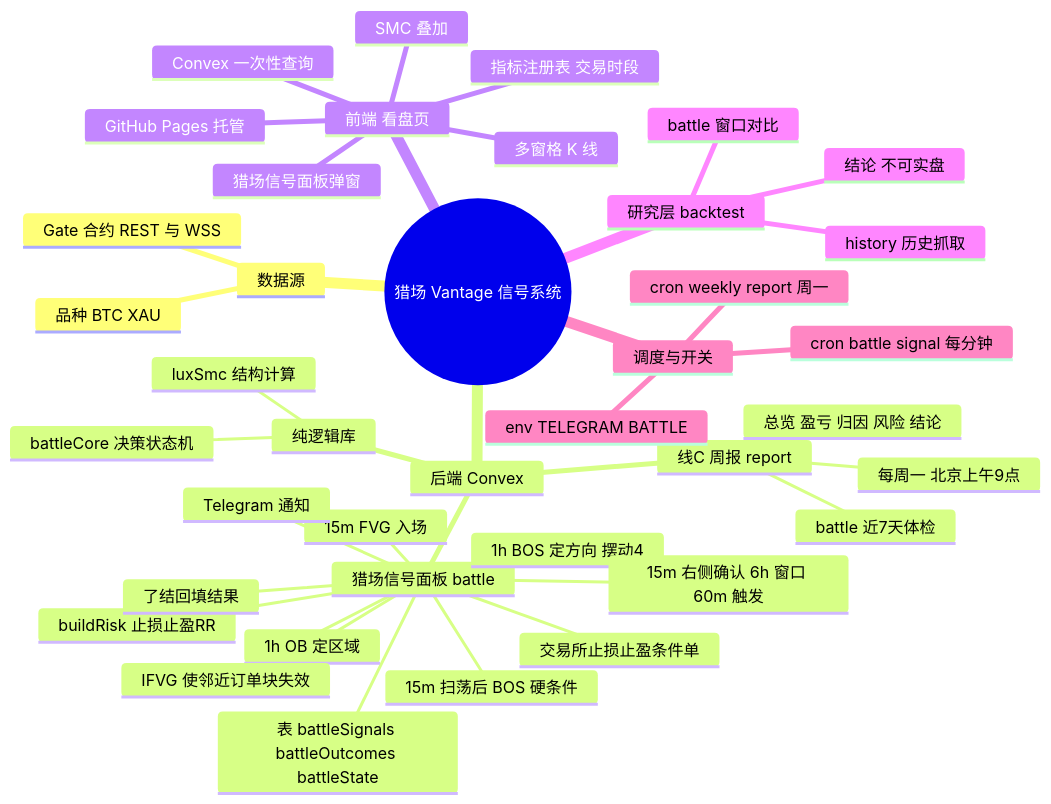
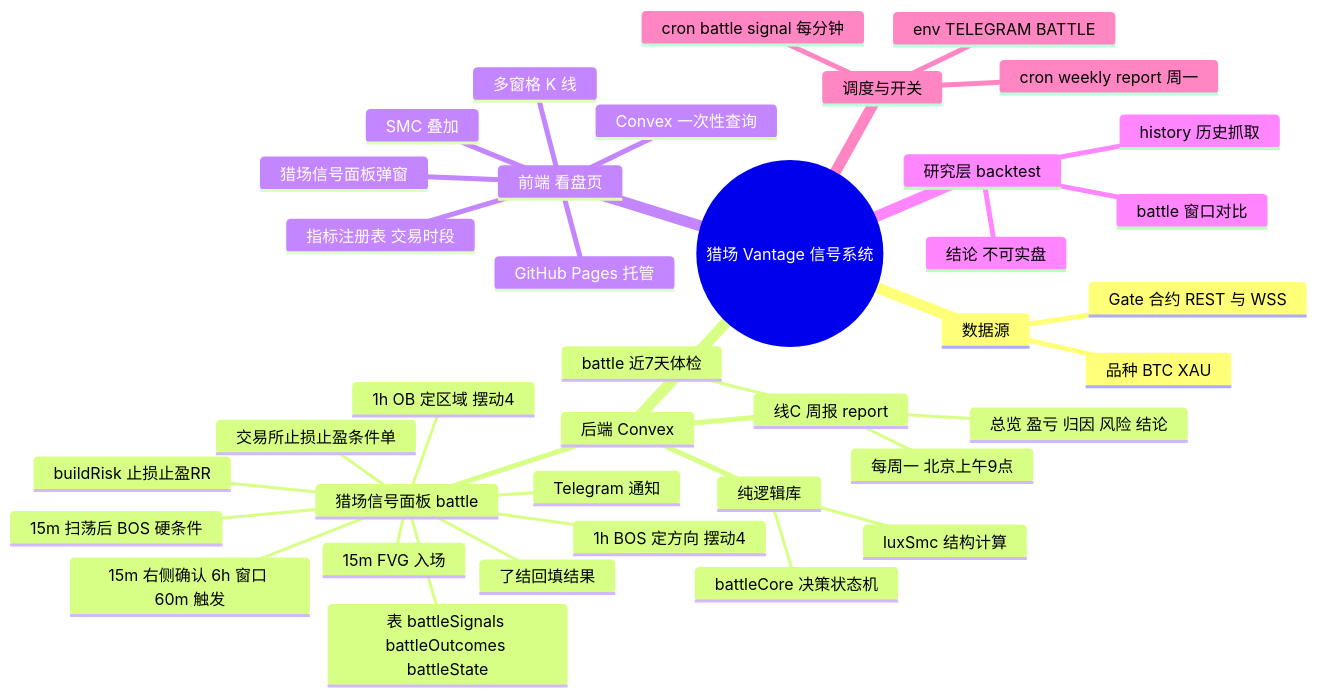
Before and after one commit to wond03/market-alert: the diagram in docs/business-logic/README.md, drawn with Mermaid. The commit also changed other lines of this file and 1 other file, not shown here.

Commit message:
revert(battle): 取消 IFVG 失效规则，1h OB 摆动改为四 Co-authored-by: monkeycode-ai <monkeycode-ai@chaitin.com>

````diff
--- a/docs/business-logic/README.md
+++ b/docs/business-logic/README.md
@@ -8,42 +8,41 @@
 ```mermaid
 mindmap
   root((猎场 Vantage 信号系统))
     数据源
       Gate 合约 REST 与 WSS
       品种 BTC XAU
     后端 Convex
       猎场信号面板 battle
         1h BOS 定方向 摆动4
-        1h OB 定区域
-        IFVG 使邻近订单块失效
+        1h OB 定区域 摆动4
         15m FVG 入场
         15m 扫荡后 BOS 硬条件
         15m 右侧确认 6h 窗口 60m 触发
         buildRisk 止损止盈RR
         交易所止损止盈条件单
         表 battleSignals battleOutcomes battleState
         了结回填结果
         Telegram 通知
       线C 周报 report
         每周一 北京上午9点
         battle 近7天体检
         总览 盈亏 归因 风险 结论
       纯逻辑库
         luxSmc 结构计算
         battleCore 决策状态机
     前端 看盘页
       多窗格 K 线
       SMC 叠加
       指标注册表 交易时段
       猎场信号面板弹窗
       Convex 一次性查询
       GitHub Pages 托管
     研究层 backtest
       battle 窗口对比
       history 历史抓取
       结论 不可实盘
     调度与开关
       cron battle signal 每分钟
       cron weekly report 周一
       env TELEGRAM BATTLE
 ```
````
